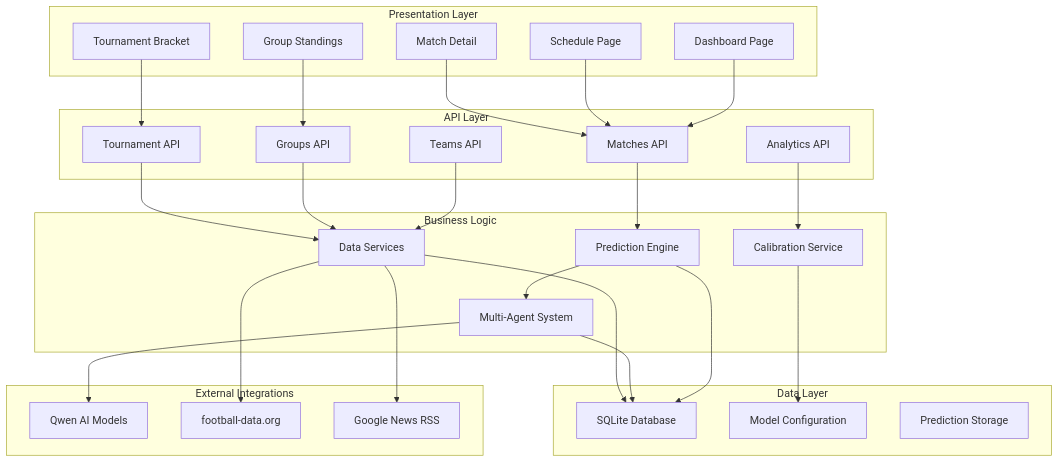
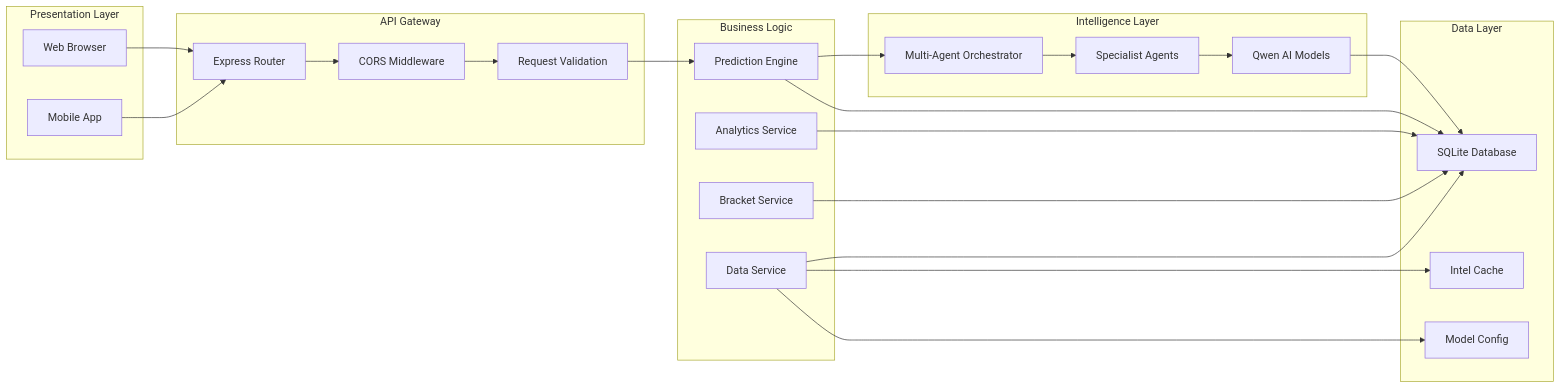
One commit to cheesiong/WC26-qwen changed the fourth of 8 diagrams in .qoder/repowiki/en/content/Project Overview/Project Overview.md. Above: the diagram before and after it, drawn with Mermaid. The commit also changed other lines of this file and 181 other files, not shown here.

First line of the commit message:
Add Sofascore and Google multi-source lineup scrapers

````diff
--- a/.qoder/repowiki/en/content/Project Overview/Project Overview.md
+++ b/.qoder/repowiki/en/content/Project Overview/Project Overview.md
@@ -160,51 +208,43 @@
 ```mermaid
-graph TB
+graph LR
 subgraph "Presentation Layer"
-UI_Dashboard[Dashboard Page]
-UI_Schedule[Schedule Page]
-UI_Groups[Group Standings]
-UI_Tournament[Tournament Bracket]
-UI_MatchDetail[Match Detail]
+WEB[Web Browser]
+MOBILE[Mobile App]
 end
-subgraph "API Layer"
-API_Matches[Matches API]
-API_Teams[Teams API]
-API_Groups[Groups API]
-API_Tournament[Tournament API]
-API_Analytics[Analytics API]
+subgraph "API Gateway"
+ROUTER[Express Router]
+AUTH[CORS Middleware]
+VALIDATION[Request Validation]
 end
 subgraph "Business Logic"
-BL_Prediction[Prediction Engine]
-BL_Agents[Multi-Agent System]
-BL_Calibration[Calibration Service]
-BL_Data[Data Services]
+PREDICTION[Prediction Engine]
+ANALYTICS[Analytics Service]
+DATA[Data Service]
+BRACKET[Bracket Service]
+end
+subgraph "Intelligence Layer"
+ORCHESTRATOR[Multi-Agent Orchestrator]
+AGENTS[Specialist Agents]
+QWEN[Qwen AI Models]
 end
 subgraph "Data Layer"
-DB_SQLite[SQLite Database]
-DB_ModelConfig[Model Configuration]
-DB_Predictions[Prediction Storage]
+SQLITE[SQLite Database]
+CACHE[Intel Cache]
+CONFIG[Model Config]
 end
-subgraph "External Integrations"
-EXT_Qwen[Qwen AI Models]
-EXT_FootballData[football-data.org]
-EXT_GoogleNews[Google News RSS]
-end
-UI_Dashboard --> API_Matches
-UI_Schedule --> API_Matches
-UI_Groups --> API_Groups
-UI_Tournament --> API_Tournament
-UI_MatchDetail --> API_Matches
-API_Matches --> BL_Prediction
-API_Teams --> BL_Data
-API_Groups --> BL_Data
-API_Tournament --> BL_Data
-API_Analytics --> BL_Calibration
-BL_Prediction --> BL_Agents
-BL_Agents --> EXT_Qwen
-BL_Data --> EXT_FootballData
-BL_Data --> EXT_GoogleNews
-BL_Prediction --> DB_SQLite
-BL_Agents --> DB_SQLite
-BL_Calibration --> DB_ModelConfig
-BL_Data --> DB_SQLite
+WEB --> ROUTER
+MOBILE --> ROUTER
+ROUTER --> AUTH
+AUTH --> VALIDATION
+VALIDATION --> PREDICTION
+PREDICTION --> ORCHESTRATOR
+ORCHESTRATOR --> AGENTS
+AGENTS --> QWEN
+QWEN --> SQLITE
+PREDICTION --> SQLITE
+ANALYTICS --> SQLITE
+BRACKET --> SQLITE
+DATA --> SQLITE
+DATA --> CACHE
+DATA --> CONFIG
 ```
````
